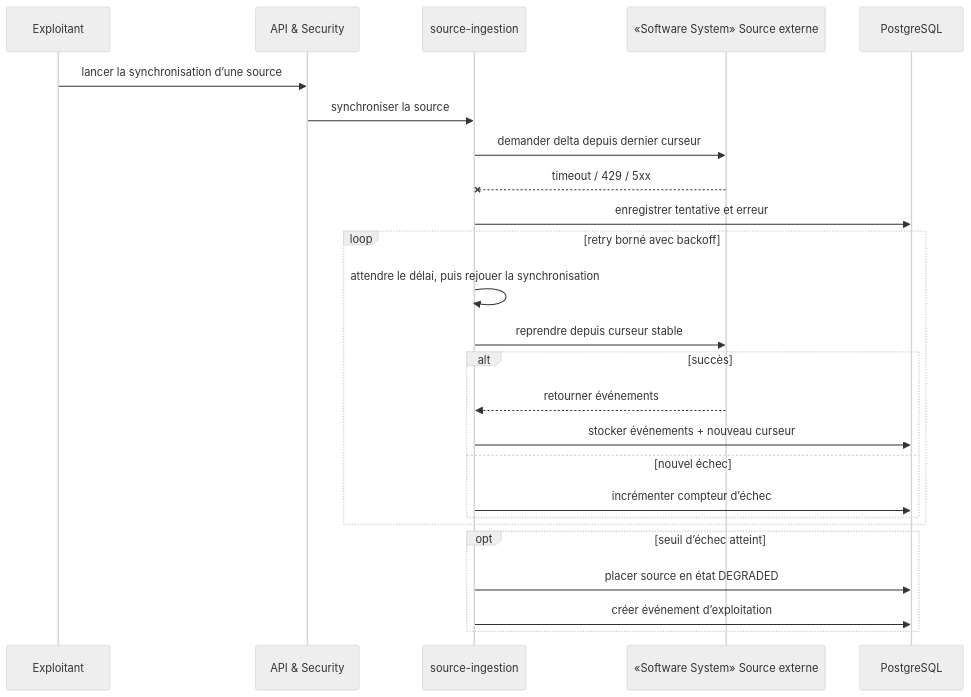
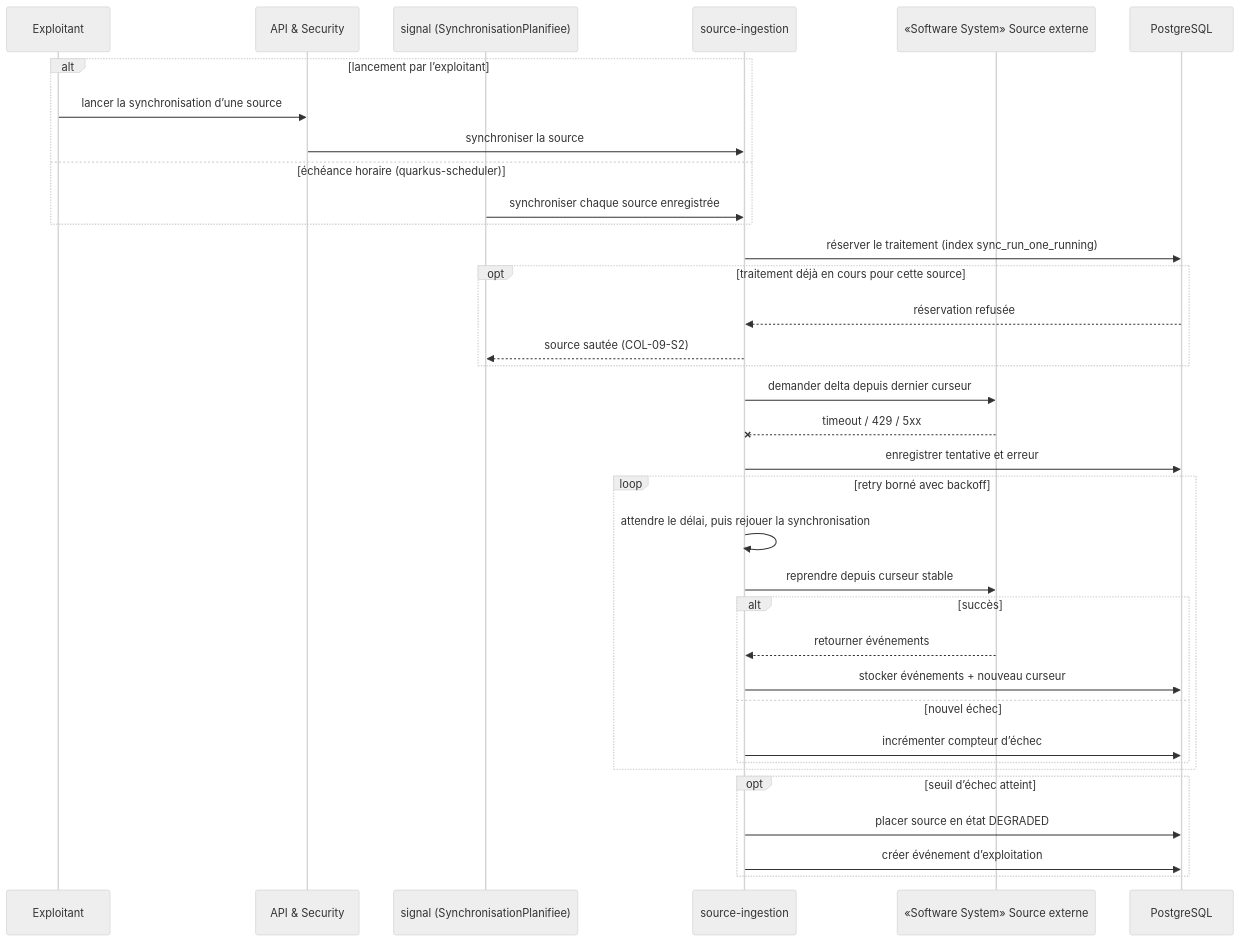
The fifth of 7 diagrams in docs/architecture/arc42/06-vue-execution.md (FTurleque/argos-tech-platform), drawn with Mermaid (neutral theme) before and after one commit. The commit also changed other lines of this file and 7 other files, not shown here.

````diff
--- a/docs/architecture/arc42/06-vue-execution.md
+++ b/docs/architecture/arc42/06-vue-execution.md
@@ -161,30 +161,40 @@
 ```mermaid
 sequenceDiagram
     participant Ops as Exploitant
     participant API as API & Security
+    participant Plan as signal (SynchronisationPlanifiee)
     participant Ingestion as source-ingestion
     participant Ext as «Software System» Source externe
     participant Persist as PostgreSQL
 
-    Ops->>API: lancer la synchronisation d’une source
-    API->>Ingestion: synchroniser la source
+    alt lancement par l’exploitant
+        Ops->>API: lancer la synchronisation d’une source
+        API->>Ingestion: synchroniser la source
+    else échéance horaire (quarkus-scheduler)
+        Plan->>Ingestion: synchroniser chaque source enregistrée
+    end
+    Ingestion->>Persist: réserver le traitement (index sync_run_one_running)
+    opt traitement déjà en cours pour cette source
+        Persist-->>Ingestion: réservation refusée
+        Ingestion-->>Plan: source sautée (COL-09-S2)
+    end
     Ingestion->>Ext: demander delta depuis dernier curseur
     Ext--xIngestion: timeout / 429 / 5xx
     Ingestion->>Persist: enregistrer tentative et erreur
 
     loop retry borné avec backoff
         Ingestion->>Ingestion: attendre le délai, puis rejouer la synchronisation
         Ingestion->>Ext: reprendre depuis curseur stable
         alt succès
             Ext-->>Ingestion: retourner événements
             Ingestion->>Persist: stocker événements + nouveau curseur
         else nouvel échec
             Ingestion->>Persist: incrémenter compteur d’échec
         end
     end
 
     opt seuil d’échec atteint
         Ingestion->>Persist: placer source en état DEGRADED
         Ingestion->>Persist: créer événement d’exploitation
     end
 ```
````
